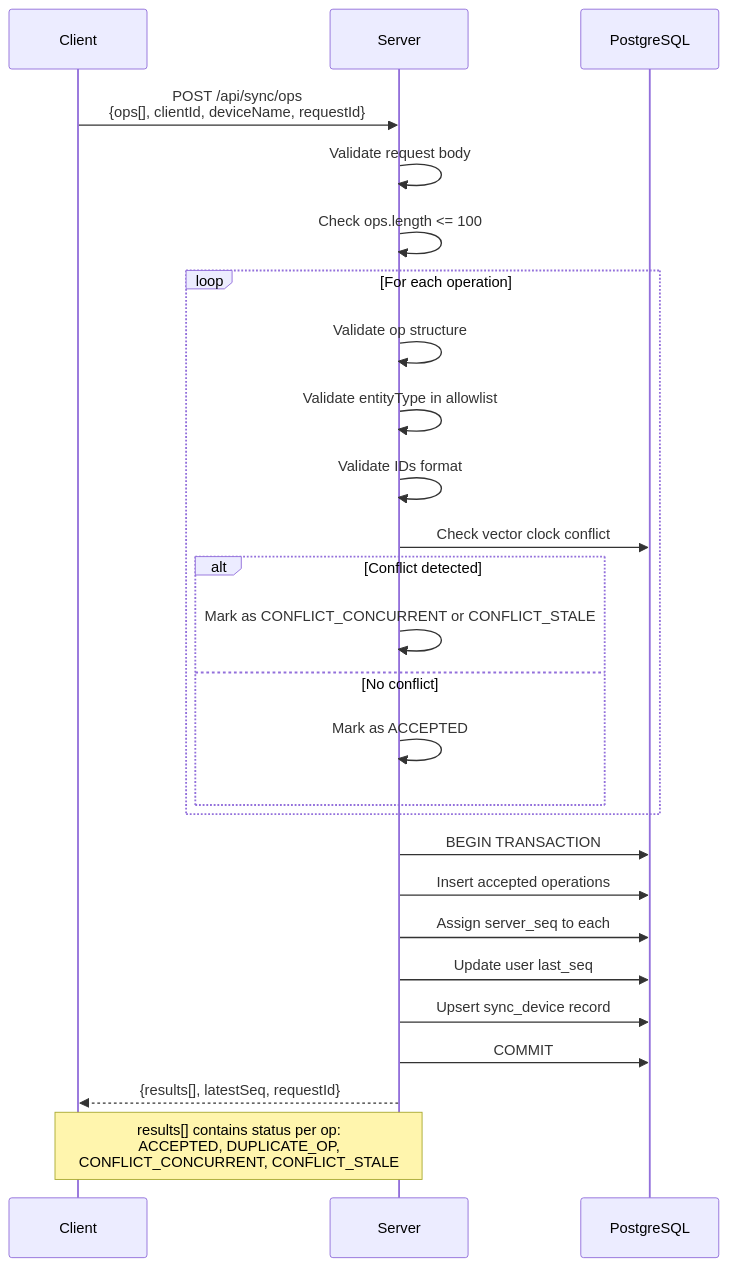
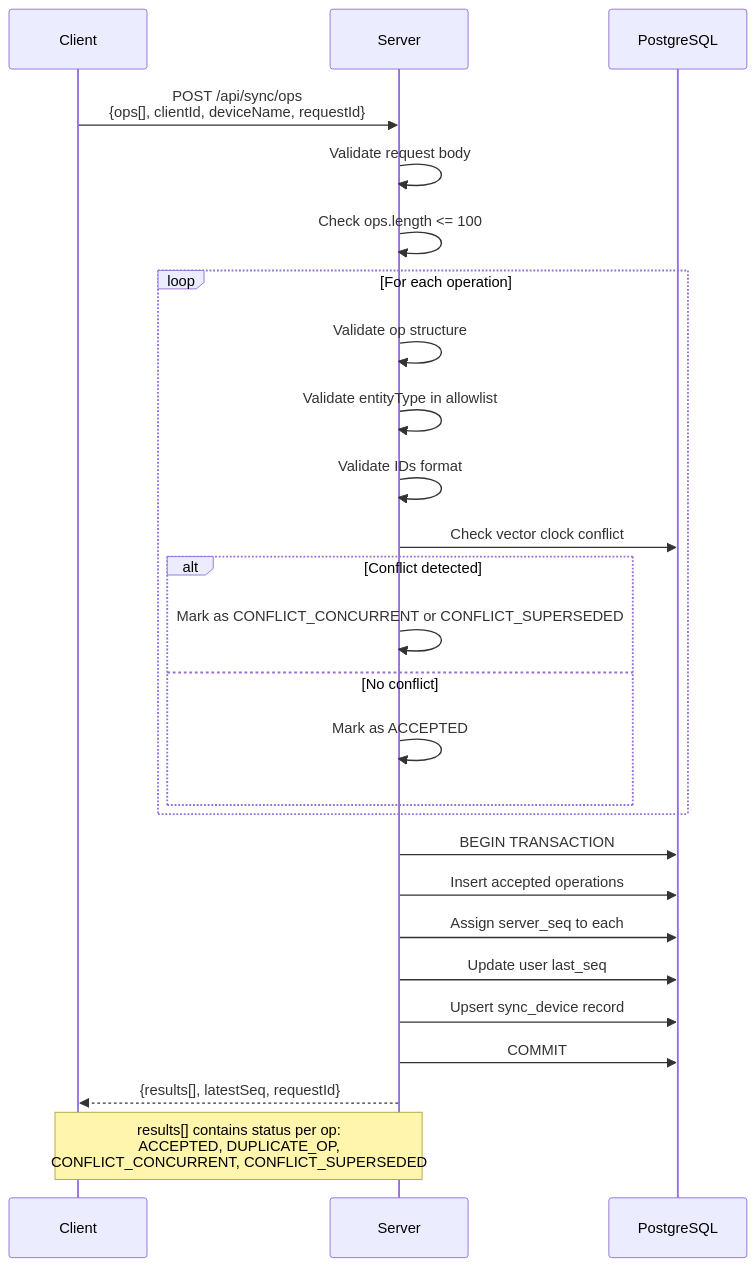
One commit to Swastik023/offline-productivity-desktop changed the ninth of 29 diagrams in packages/super-sync-server/sync-server-architecture-diagrams.md. Above: the diagram before and after it, drawn with Mermaid. The commit also changed other lines of this file and 39 other files, not shown here.

First line of the commit message:
refactor(sync): rename "stale" to "superseded" across sync/operation domain

````diff
--- a/packages/super-sync-server/sync-server-architecture-diagrams.md
+++ b/packages/super-sync-server/sync-server-architecture-diagrams.md
@@ -292,34 +292,34 @@
 ```mermaid
 sequenceDiagram
     participant Client
     participant Server
     participant DB as PostgreSQL
 
     Client->>Server: POST /api/sync/ops<br/>{ops[], clientId, deviceName, requestId}
 
     Server->>Server: Validate request body
     Server->>Server: Check ops.length <= 100
 
     loop For each operation
         Server->>Server: Validate op structure
         Server->>Server: Validate entityType in allowlist
         Server->>Server: Validate IDs format
         Server->>DB: Check vector clock conflict
         alt Conflict detected
-            Server->>Server: Mark as CONFLICT_CONCURRENT or CONFLICT_STALE
+            Server->>Server: Mark as CONFLICT_CONCURRENT or CONFLICT_SUPERSEDED
         else No conflict
             Server->>Server: Mark as ACCEPTED
         end
     end
 
     Server->>DB: BEGIN TRANSACTION
     Server->>DB: Insert accepted operations
     Server->>DB: Assign server_seq to each
     Server->>DB: Update user last_seq
     Server->>DB: Upsert sync_device record
     Server->>DB: COMMIT
 
     Server-->>Client: {results[], latestSeq, requestId}
 
-    Note over Client,Server: results[] contains status per op:<br/>ACCEPTED, DUPLICATE_OP,<br/>CONFLICT_CONCURRENT, CONFLICT_STALE
+    Note over Client,Server: results[] contains status per op:<br/>ACCEPTED, DUPLICATE_OP,<br/>CONFLICT_CONCURRENT, CONFLICT_SUPERSEDED
 ```
````
